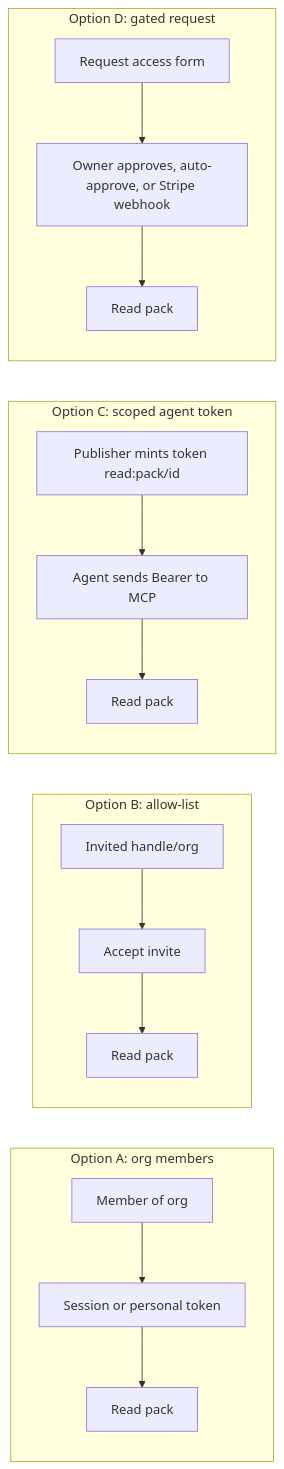
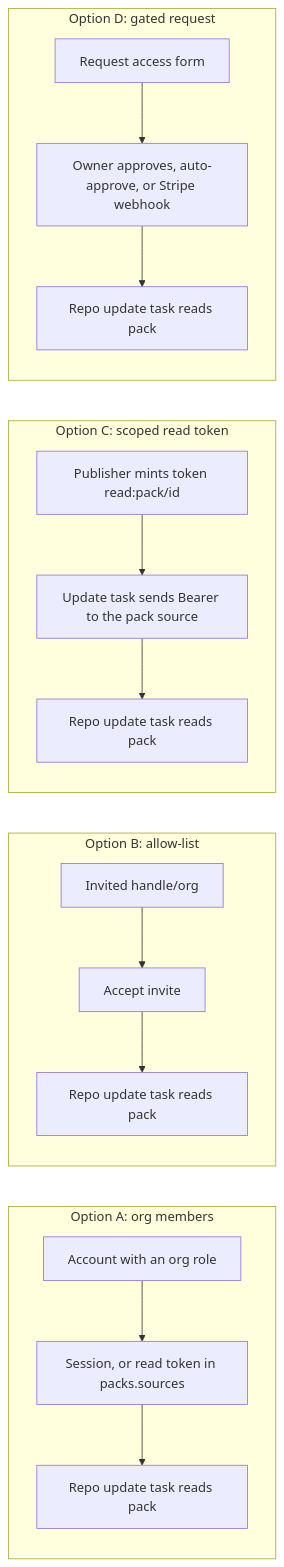
Before and after one commit to Claudinite/PackServer: the tenth of 13 diagrams in docs/ui/flows.md, drawn with Mermaid. The commit also changed other lines of this file and 6 other files, not shown here.

````diff
--- a/docs/ui/flows.md
+++ b/docs/ui/flows.md
@@ -434,15 +440,15 @@
 ```mermaid
 flowchart LR
   subgraph A["Option A: org members"]
-    A1["Member of org"] --> A2["Session or personal token"] --> A3["Read pack"]
+    A1["Account with an org role"] --> A2["Session, or read token in packs.sources"] --> A3["Repo update task reads pack"]
   end
   subgraph B["Option B: allow-list"]
-    B1["Invited handle/org"] --> B2["Accept invite"] --> B3["Read pack"]
+    B1["Invited handle/org"] --> B2["Accept invite"] --> B3["Repo update task reads pack"]
   end
-  subgraph C["Option C: scoped agent token"]
-    C1["Publisher mints token read:pack/id"] --> C2["Agent sends Bearer to MCP"] --> C3["Read pack"]
+  subgraph C["Option C: scoped read token"]
+    C1["Publisher mints token read:pack/id"] --> C2["Update task sends Bearer to the pack source"] --> C3["Repo update task reads pack"]
   end
   subgraph D["Option D: gated request"]
-    D1["Request access form"] --> D2["Owner approves, auto-approve, or Stripe webhook"] --> D3["Read pack"]
+    D1["Request access form"] --> D2["Owner approves, auto-approve, or Stripe webhook"] --> D3["Repo update task reads pack"]
   end
 ```
````
